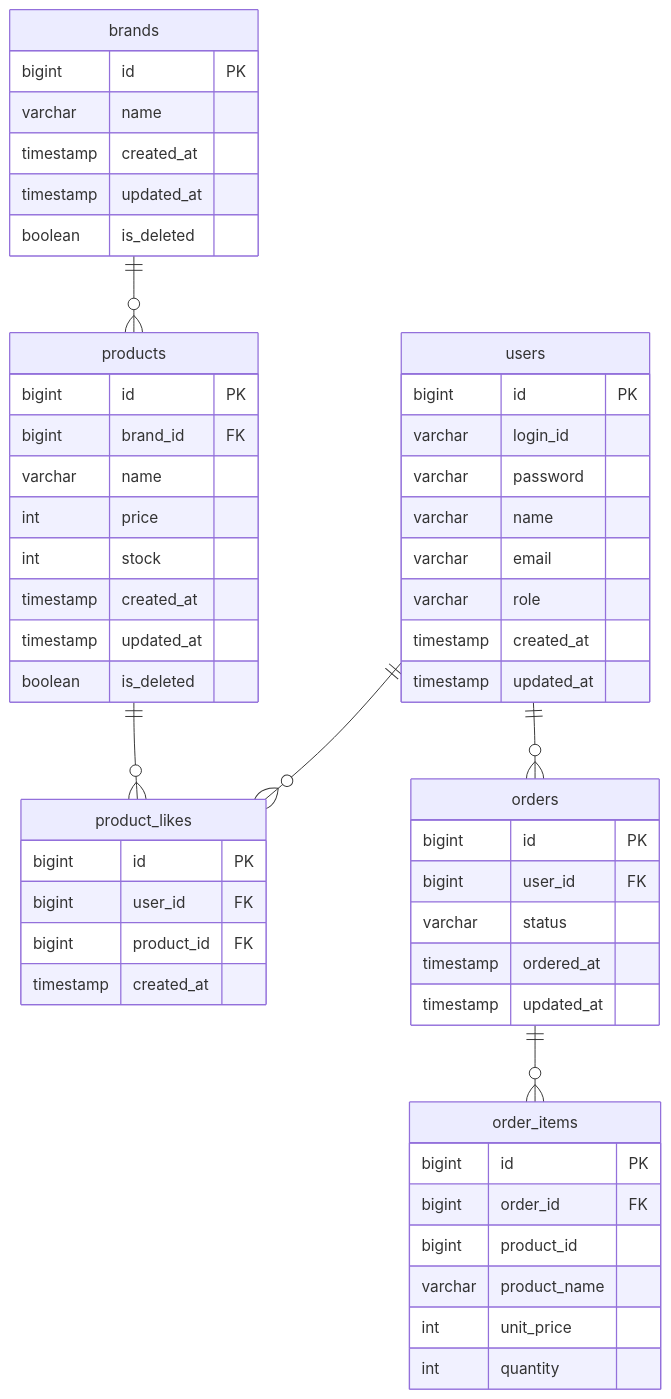
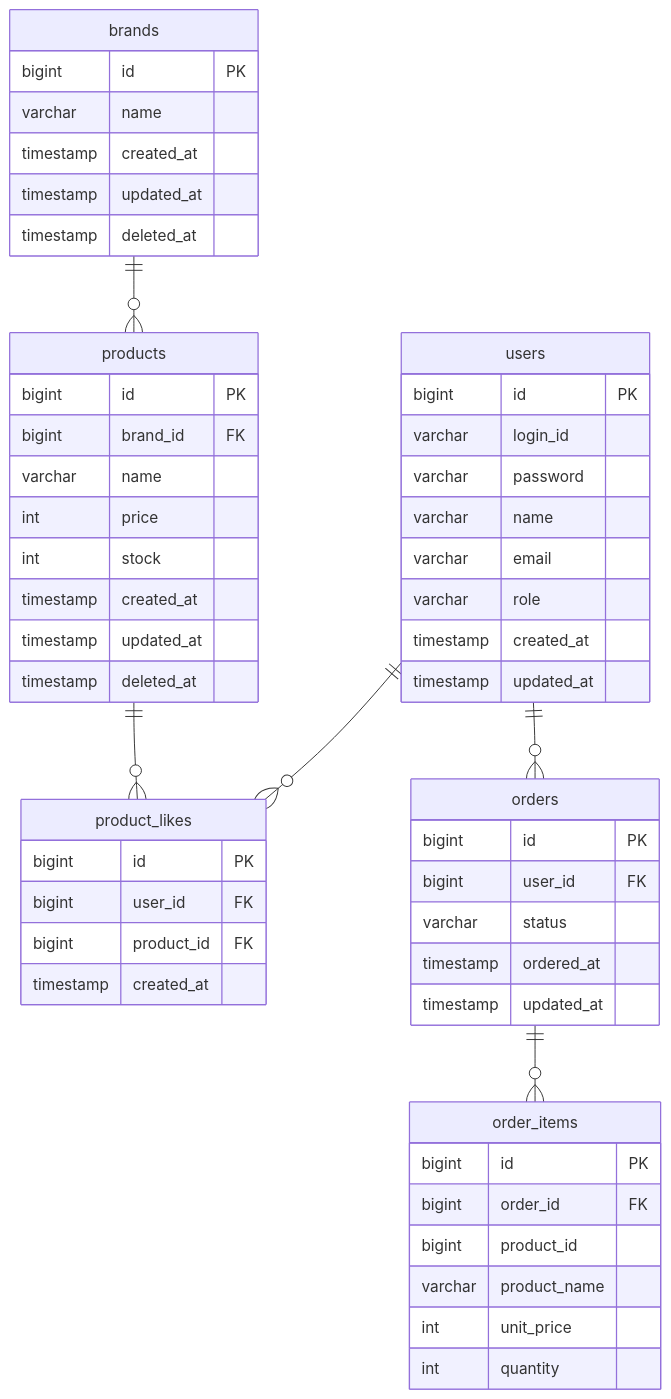
One commit to kimjunyoung90/loop-pack-be-l2-vol3-java changed the diagram in docs/design/04-erd.md. Above: the diagram before and after it, drawn with Mermaid. The commit also changed 1 other file, not shown here.

Commit message:
docs: soft delete 상태 필드 수정

````diff
--- a/docs/design/04-erd.md
+++ b/docs/design/04-erd.md
@@ -5,62 +5,62 @@
 ```mermaid
 erDiagram
     users {
         bigint id PK
         varchar login_id
         varchar password
         varchar name
         varchar email
         varchar role
         timestamp created_at
         timestamp updated_at
     }
 
     brands {
         bigint id PK
         varchar name
         timestamp created_at
         timestamp updated_at
-        boolean is_deleted
+        timestamp deleted_at
     }
 
     products {
         bigint id PK
         bigint brand_id FK
         varchar name
         int price
         int stock
         timestamp created_at
         timestamp updated_at
-        boolean is_deleted
+        timestamp deleted_at
     }
 
     product_likes {
         bigint id PK
         bigint user_id FK
         bigint product_id FK
         timestamp created_at
     }
 
     orders {
         bigint id PK
         bigint user_id FK
         varchar status
         timestamp ordered_at
         timestamp updated_at
     }
 
     order_items {
         bigint id PK
         bigint order_id FK
         bigint product_id
         varchar product_name
         int unit_price
         int quantity
     }
 
     users ||--o{ product_likes : ""
     users ||--o{ orders : ""
     brands ||--o{ products : ""
     products ||--o{ product_likes : ""
     orders ||--o{ order_items : ""
 ```
````
